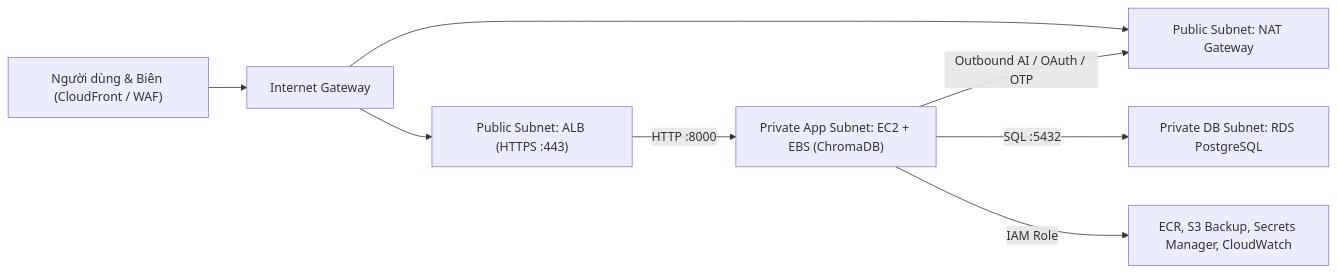
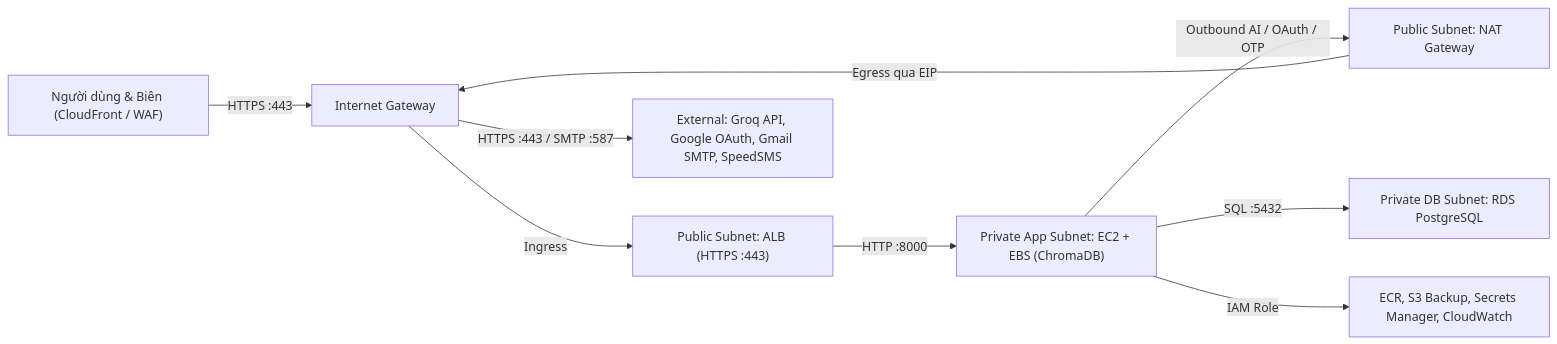
Before and after one commit to khiemdong2005/workshop_NguyenThanhKhiem: the diagram in content/5-Workshop/5.3-AWS-Infrastructure/_index.vi.md, drawn with Mermaid. The commit also changed 19 other files, not shown here.

Commit message:
docs(workshop): add sts/region check, fix 5.3 Mermaid NAT->IGW arrow, Console steps, Expected Outputs, CloudWatch CLI, and S3 versioning cleanup

```diff
--- a/content/5-Workshop/5.3-AWS-Infrastructure/_index.vi.md
+++ b/content/5-Workshop/5.3-AWS-Infrastructure/_index.vi.md
@@ -19,10 +19,11 @@
 {{< mermaid >}}
 graph LR
-    USER["Người dùng & Biên (CloudFront / WAF)"] --> IGW["Internet Gateway"]
-    IGW --> ALB["Public Subnet: ALB (HTTPS :443)"]
-    IGW --> NAT["Public Subnet: NAT Gateway"]
+    USER["Người dùng & Biên (CloudFront / WAF)"] -->|"HTTPS :443"| IGW["Internet Gateway"]
+    IGW -->|"Ingress"| ALB["Public Subnet: ALB (HTTPS :443)"]
     ALB -->|"HTTP :8000"| EC2["Private App Subnet: EC2 + EBS (ChromaDB)"]
-    EC2 -->|"Outbound AI / OAuth / OTP"| NAT
+    EC2 -->|"Outbound AI / OAuth / OTP"| NAT["Public Subnet: NAT Gateway"]
+    NAT -->|"Egress qua EIP"| IGW
+    IGW -->|"HTTPS :443 / SMTP :587"| EXT["External: Groq API, Google OAuth, Gmail SMTP, SpeedSMS"]
     EC2 -->|"SQL :5432"| RDS["Private DB Subnet: RDS PostgreSQL"]
     EC2 -->|"IAM Role"| AWS["ECR, S3 Backup, Secrets Manager, CloudWatch"]
 {{< /mermaid >}}
```
